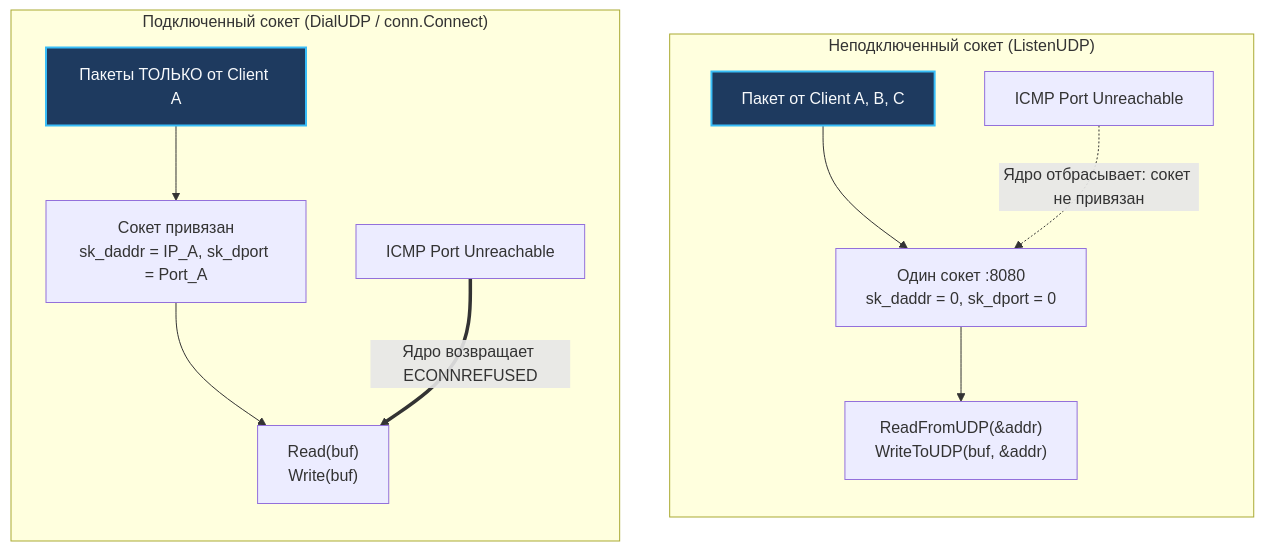
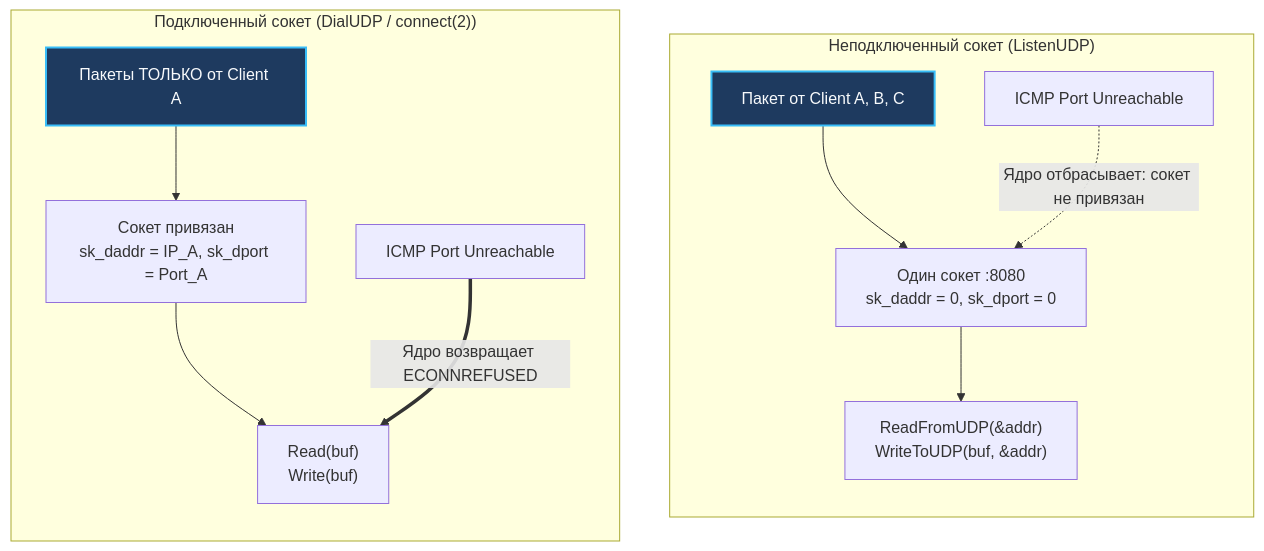
Before and after one commit to UnrealTemplier/go-textbook-ru: the third of 3 diagrams in sources/3. Компьютерные сети и сетевой стек/14. UDP. Когда ненадежный транспорт лучше TCP.md, drawn with Mermaid. The commit also changed other lines of this file and 43 other files, not shown here.

````diff
--- a/sources/3. Компьютерные сети и сетевой стек/14. UDP. Когда ненадежный транспорт лучше TCP.md
+++ b/sources/3. Компьютерные сети и сетевой стек/14. UDP. Когда ненадежный транспорт лучше TCP.md
@@ -154,26 +154,26 @@
 ```mermaid
 flowchart TD
     classDef process  fill:#1e293b,stroke:#38bdf8,stroke-width:1px,color:#f8fafc
     classDef success  fill:#064e3b,stroke:#34d399,stroke-width:1px,color:#f8fafc
     classDef error    fill:#7f1d1d,stroke:#f87171,stroke-width:1px,color:#f8fafc
     classDef warning  fill:#78350f,stroke:#fbbf24,stroke-width:1px,color:#f8fafc
     classDef entry    fill:#1e3a5f,stroke:#38bdf8,stroke-width:2px,color:#f8fafc
     classDef aux      fill:#334155,stroke:#64748b,stroke-width:1px,color:#f8fafc
     classDef system   fill:#312e81,stroke:#a78bfa,stroke-width:1px,color:#f8fafc
     classDef data     fill:#132d29,stroke:#2dd4bf,stroke-width:1px,color:#f8fafc
     classDef network  fill:#881337,stroke:#fb7185,stroke-width:1px,color:#f8fafc
     classDef accent   fill:#1e1b4b,stroke:#818cf8,stroke-width:1px,color:#f8fafc
     subgraph UNCONNECTED["Неподключенный сокет (ListenUDP)"]
         direction TB
         U_IN["Пакет от Client A, B, C"]:::entry --> U_SOCK["Один сокет :8080<br>sk_daddr = 0, sk_dport = 0"]
         U_SOCK --> U_APP["ReadFromUDP(&addr)<br>WriteToUDP(buf, &addr)"]
         U_ICMP["ICMP Port Unreachable"] -.->|Ядро отбрасывает: сокет не привязан| U_SOCK
     end
 
-    subgraph CONNECTED["Подключенный сокет (DialUDP / conn.Connect)"]
+    subgraph CONNECTED["Подключенный сокет (DialUDP / connect(2))"]
         direction TB
         C_IN["Пакеты ТОЛЬКО от Client A"]:::entry --> C_SOCK["Сокет привязан<br>sk_daddr = IP_A, sk_dport = Port_A"]
         C_SOCK --> C_APP["Read(buf)<br>Write(buf)"]
         C_ICMP["ICMP Port Unreachable"] ==>|Ядро возвращает ECONNREFUSED| C_APP
     end
 ```
````
